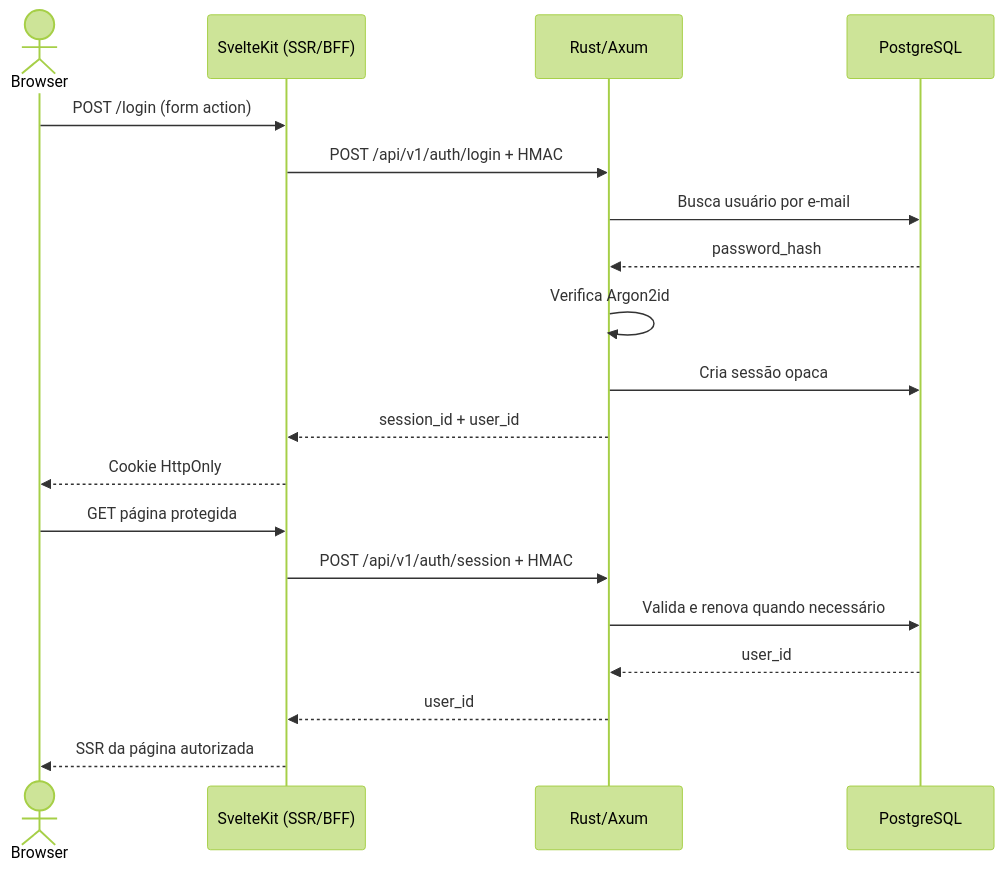
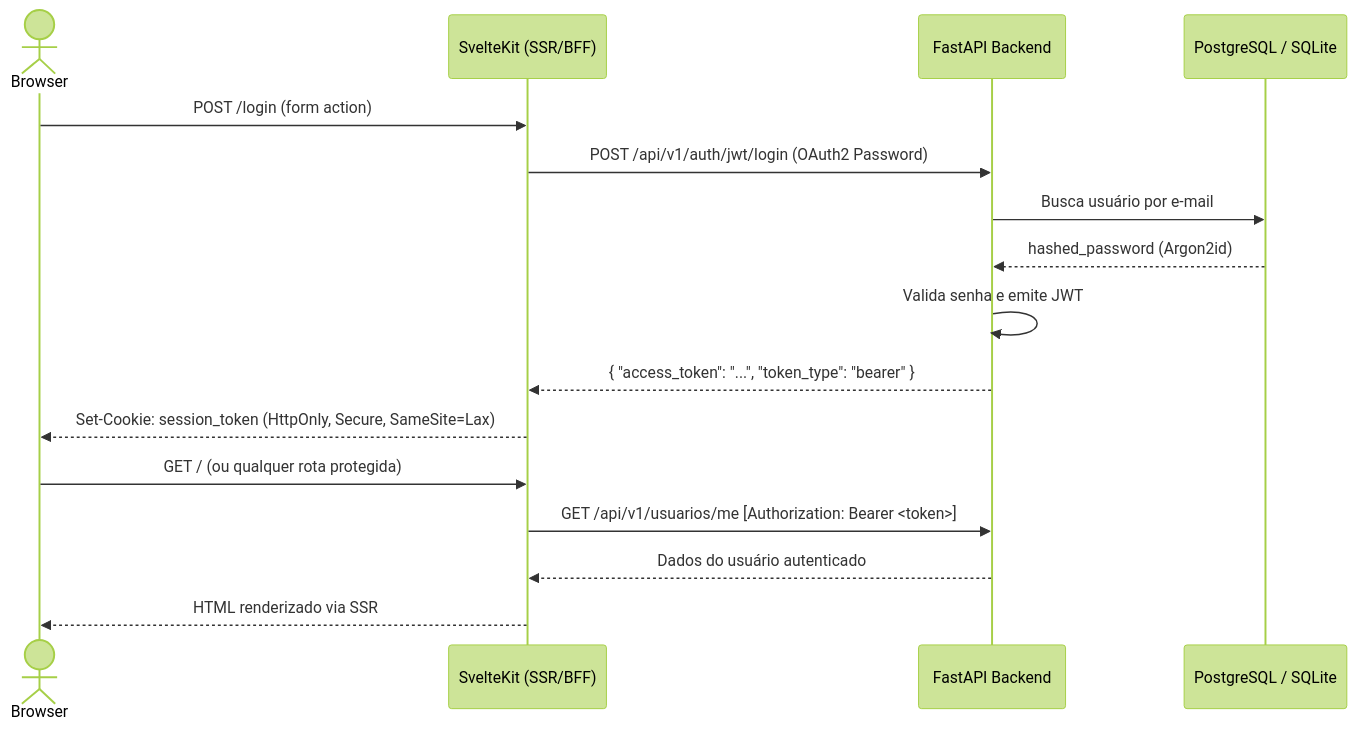
The diagram in docs/ARCHITECTURE.md (unilaunch-jacarei/platform), drawn with Mermaid (forest theme) before and after one commit. The commit also changed other lines of this file and 2 other files, not shown here.

Commit message:
docs: update README, ARCHITECTURE and DEVELOPMENT for FastAPI and SvelteKit

````diff
--- a/docs/ARCHITECTURE.md
+++ b/docs/ARCHITECTURE.md
@@ -26,23 +39,20 @@
 ```mermaid
 sequenceDiagram
     actor Browser
     participant Svelte as SvelteKit (SSR/BFF)
-    participant Rust as Rust/Axum
-    participant DB as PostgreSQL
+    participant FastAPI as FastAPI Backend
+    participant DB as PostgreSQL / SQLite
 
     Browser->>Svelte: POST /login (form action)
-    Svelte->>Rust: POST /api/v1/auth/login + HMAC
-    Rust->>DB: Busca usuário por e-mail
-    DB-->>Rust: password_hash
-    Rust->>Rust: Verifica Argon2id
-    Rust->>DB: Cria sessão opaca
-    Rust-->>Svelte: session_id + user_id
-    Svelte-->>Browser: Cookie HttpOnly
+    Svelte->>FastAPI: POST /api/v1/auth/jwt/login (OAuth2 Password)
+    FastAPI->>DB: Busca usuário por e-mail
+    DB-->>FastAPI: hashed_password (Argon2id)
+    FastAPI->>FastAPI: Valida senha e emite JWT
+    FastAPI-->>Svelte: { "access_token": "...", "token_type": "bearer" }
+    Svelte-->>Browser: Set-Cookie: session_token (HttpOnly, Secure, SameSite=Lax)
 
-    Browser->>Svelte: GET página protegida
-    Svelte->>Rust: POST /api/v1/auth/session + HMAC
-    Rust->>DB: Valida e renova quando necessário
-    DB-->>Rust: user_id
-    Rust-->>Svelte: user_id
-    Svelte-->>Browser: SSR da página autorizada
+    Browser->>Svelte: GET / (ou qualquer rota protegida)
+    Svelte->>FastAPI: GET /api/v1/usuarios/me [Authorization: Bearer <token>]
+    FastAPI-->>Svelte: Dados do usuário autenticado
+    Svelte-->>Browser: HTML renderizado via SSR
 ```
````
